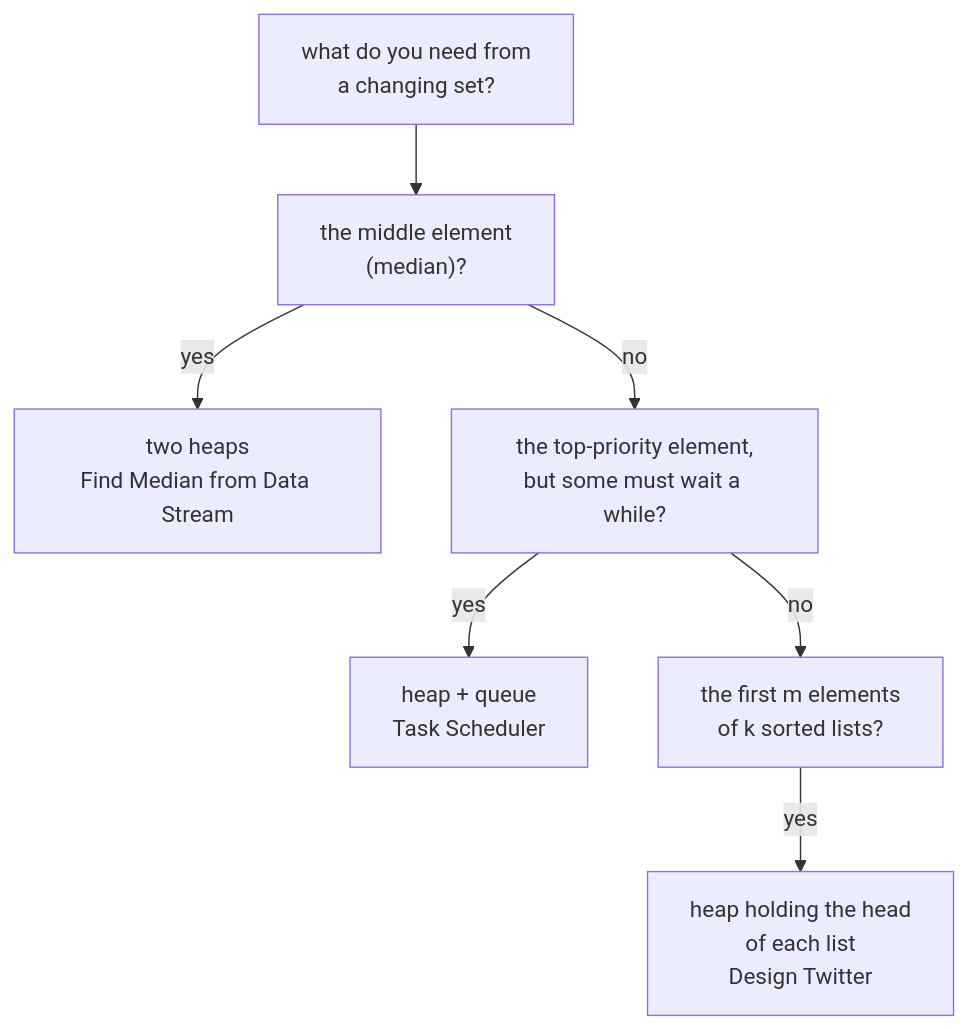
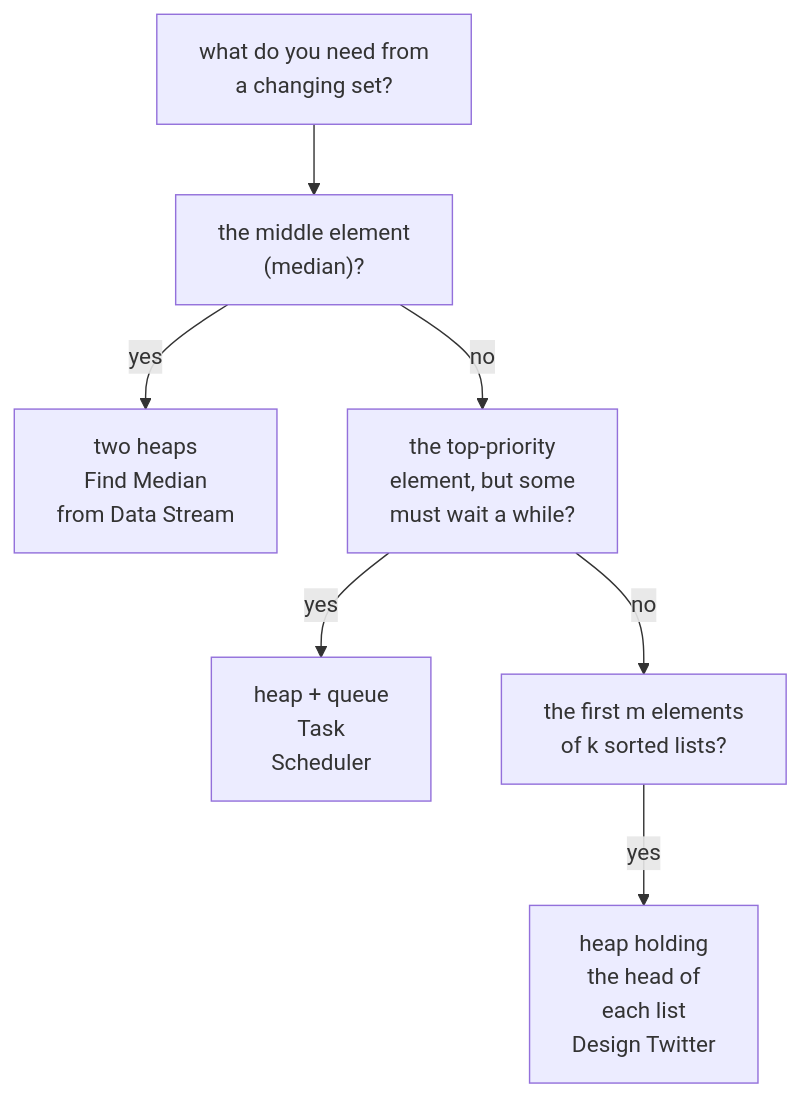
One commit to duongbui234/software-engineering-atlas changed the diagram in content/en/posts/2026-11-24-neetcode-two-heaps.md. Above: the diagram before and after it, drawn with Mermaid. The commit also changed 134 other files, not shown here.

First line of the commit message:
Fit every Mermaid diagram at 390px without sideways scroll (#56)

````diff
--- a/content/en/posts/2026-11-24-neetcode-two-heaps.md
+++ b/content/en/posts/2026-11-24-neetcode-two-heaps.md
@@ -52,9 +52,9 @@
 ```mermaid
 flowchart TB
   A["what do you need from<br/>a changing set?"] --> B["the middle element<br/>(median)?"]
-  B -->|"yes"| C["two heaps<br/>Find Median from Data Stream"]
-  B -->|"no"| D["the top-priority element,<br/>but some must wait a while?"]
-  D -->|"yes"| E["heap + queue<br/>Task Scheduler"]
+  B -->|"yes"| C["two heaps<br/>Find Median<br/>from Data Stream"]
+  B -->|"no"| D["the top-priority<br/>element, but some<br/>must wait a while?"]
+  D -->|"yes"| E["heap + queue<br/>Task<br/>Scheduler"]
   D -->|"no"| F["the first m elements<br/>of k sorted lists?"]
-  F -->|"yes"| G["heap holding the head<br/>of each list<br/>Design Twitter"]
+  F -->|"yes"| G["heap holding<br/>the head of<br/>each list<br/>Design Twitter"]
 ```
````
